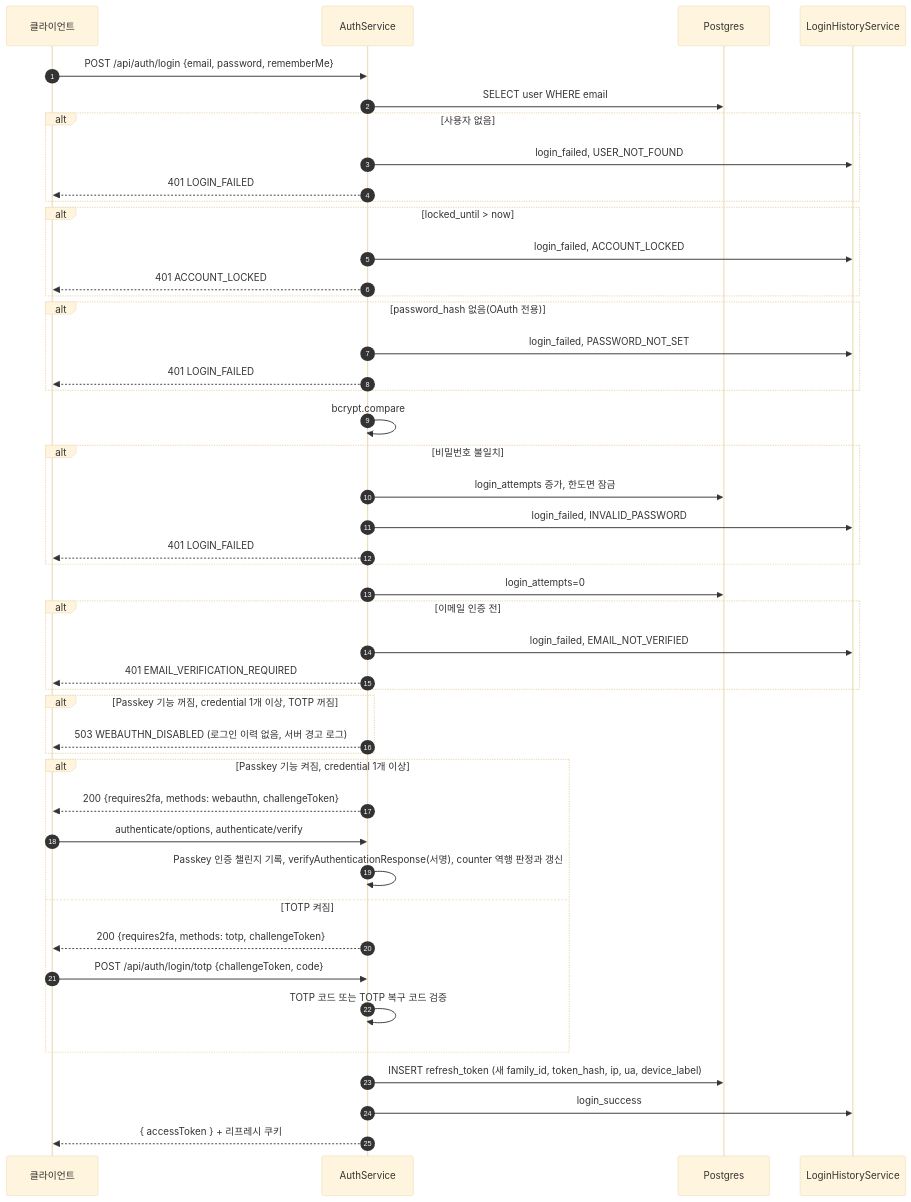
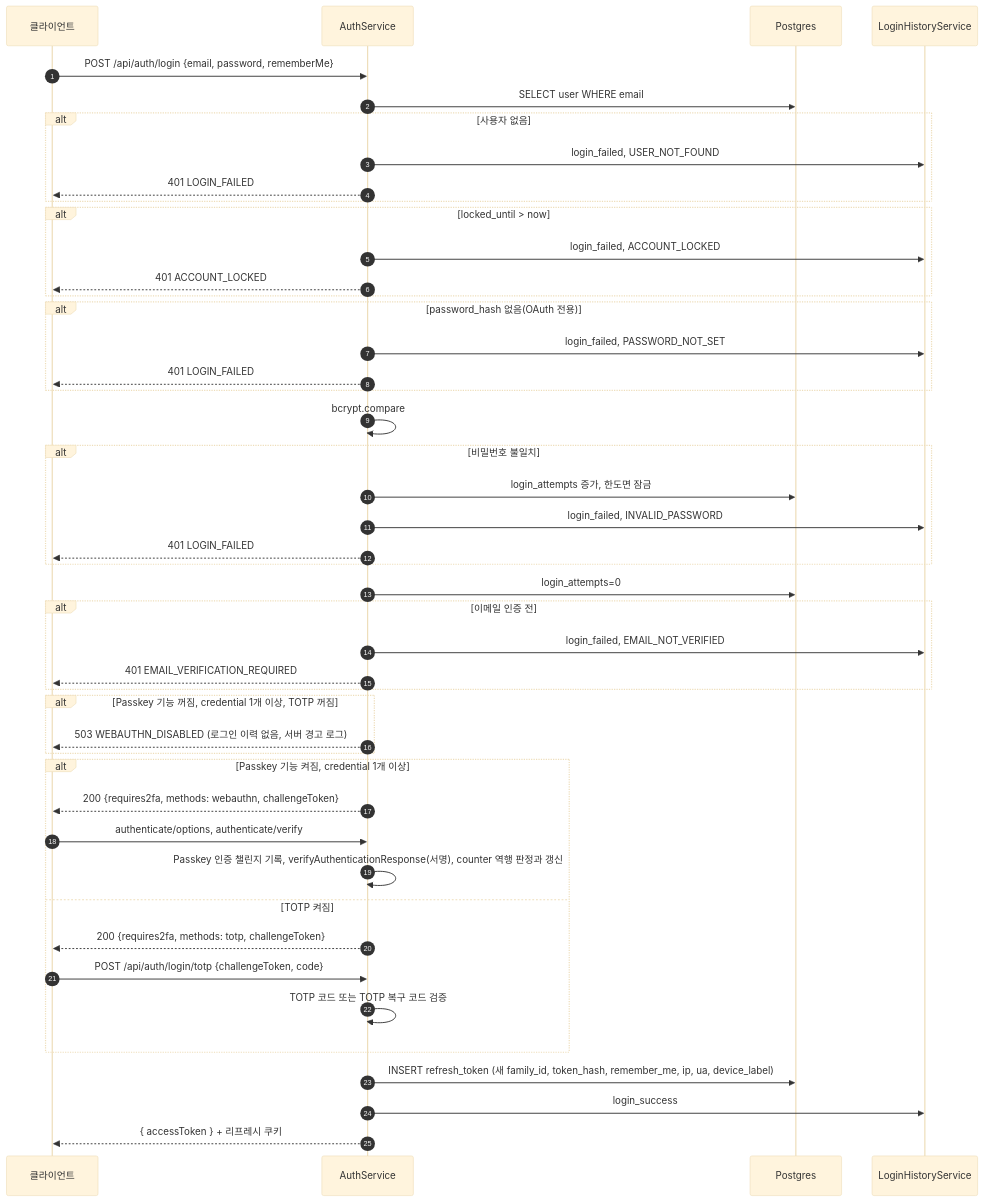
Before and after one commit to worker-ants/clemvion: the third of 13 diagrams in spec/CLE-ACCT/CLE-ACCT-DATA.md, drawn with Mermaid (base theme). The commit also changed other lines of this file and 43 other files, not shown here.

````diff
--- a/spec/CLE-ACCT/CLE-ACCT-DATA.md
+++ b/spec/CLE-ACCT/CLE-ACCT-DATA.md
@@ -255,48 +270,48 @@
 ```mermaid
 sequenceDiagram
   autonumber
   participant C as 클라이언트
   participant Svc as AuthService
   participant PG as Postgres
   participant Hist as LoginHistoryService
   C->>Svc: POST /api/auth/login {email, password, rememberMe}
   Svc->>PG: SELECT user WHERE email
   alt 사용자 없음
     Svc->>Hist: login_failed, USER_NOT_FOUND
     Svc-->>C: 401 LOGIN_FAILED
   end
   alt locked_until > now
     Svc->>Hist: login_failed, ACCOUNT_LOCKED
     Svc-->>C: 401 ACCOUNT_LOCKED
   end
   alt password_hash 없음(OAuth 전용)
     Svc->>Hist: login_failed, PASSWORD_NOT_SET
     Svc-->>C: 401 LOGIN_FAILED
   end
   Svc->>Svc: bcrypt.compare
   alt 비밀번호 불일치
     Svc->>PG: login_attempts 증가, 한도면 잠금
     Svc->>Hist: login_failed, INVALID_PASSWORD
     Svc-->>C: 401 LOGIN_FAILED
   end
   Svc->>PG: login_attempts=0
   alt 이메일 인증 전
     Svc->>Hist: login_failed, EMAIL_NOT_VERIFIED
     Svc-->>C: 401 EMAIL_VERIFICATION_REQUIRED
   end
   alt Passkey 기능 꺼짐, credential 1개 이상, TOTP 꺼짐
     Svc-->>C: 503 WEBAUTHN_DISABLED (로그인 이력 없음, 서버 경고 로그)
   end
   alt Passkey 기능 켜짐, credential 1개 이상
     Svc-->>C: 200 {requires2fa, methods: webauthn, challengeToken}
     C->>Svc: authenticate/options, authenticate/verify
     Svc->>Svc: Passkey 인증 챌린지 기록, verifyAuthenticationResponse(서명), counter 역행 판정과 갱신
   else TOTP 켜짐
     Svc-->>C: 200 {requires2fa, methods: totp, challengeToken}
     C->>Svc: POST /api/auth/login/totp {challengeToken, code}
     Svc->>Svc: TOTP 코드 또는 TOTP 복구 코드 검증
   end
-  Svc->>PG: INSERT refresh_token (새 family_id, token_hash, ip, ua, device_label)
+  Svc->>PG: INSERT refresh_token (새 family_id, token_hash, remember_me, ip, ua, device_label)
   Svc->>Hist: login_success
   Svc-->>C: { accessToken } + 리프레시 쿠키
 ```
````
